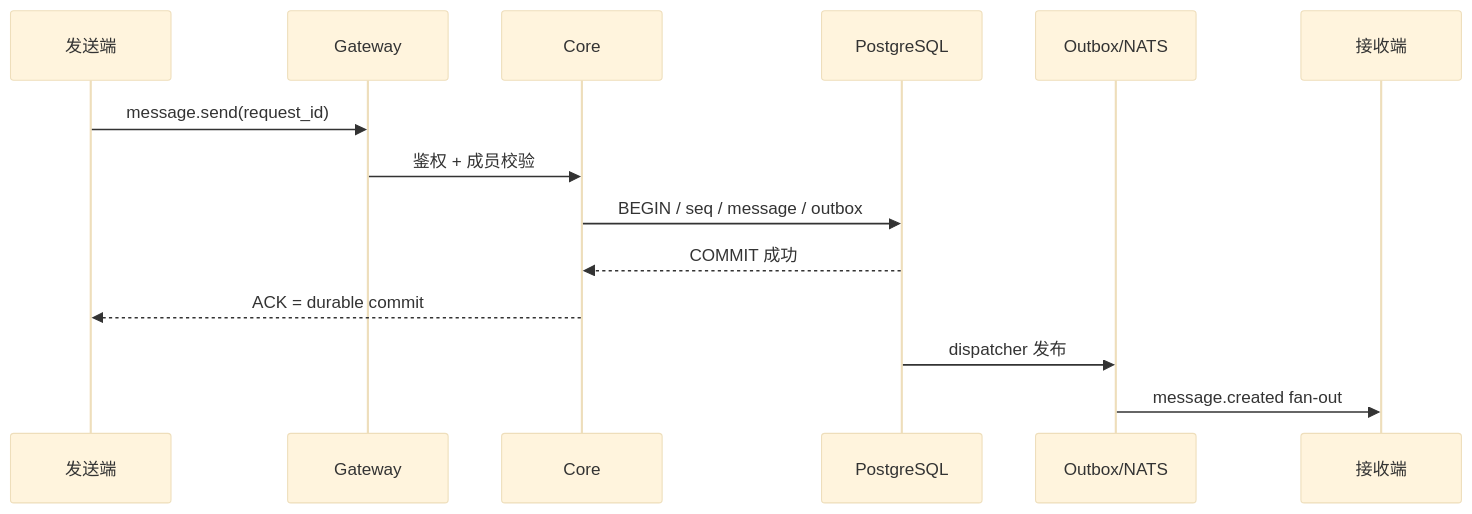
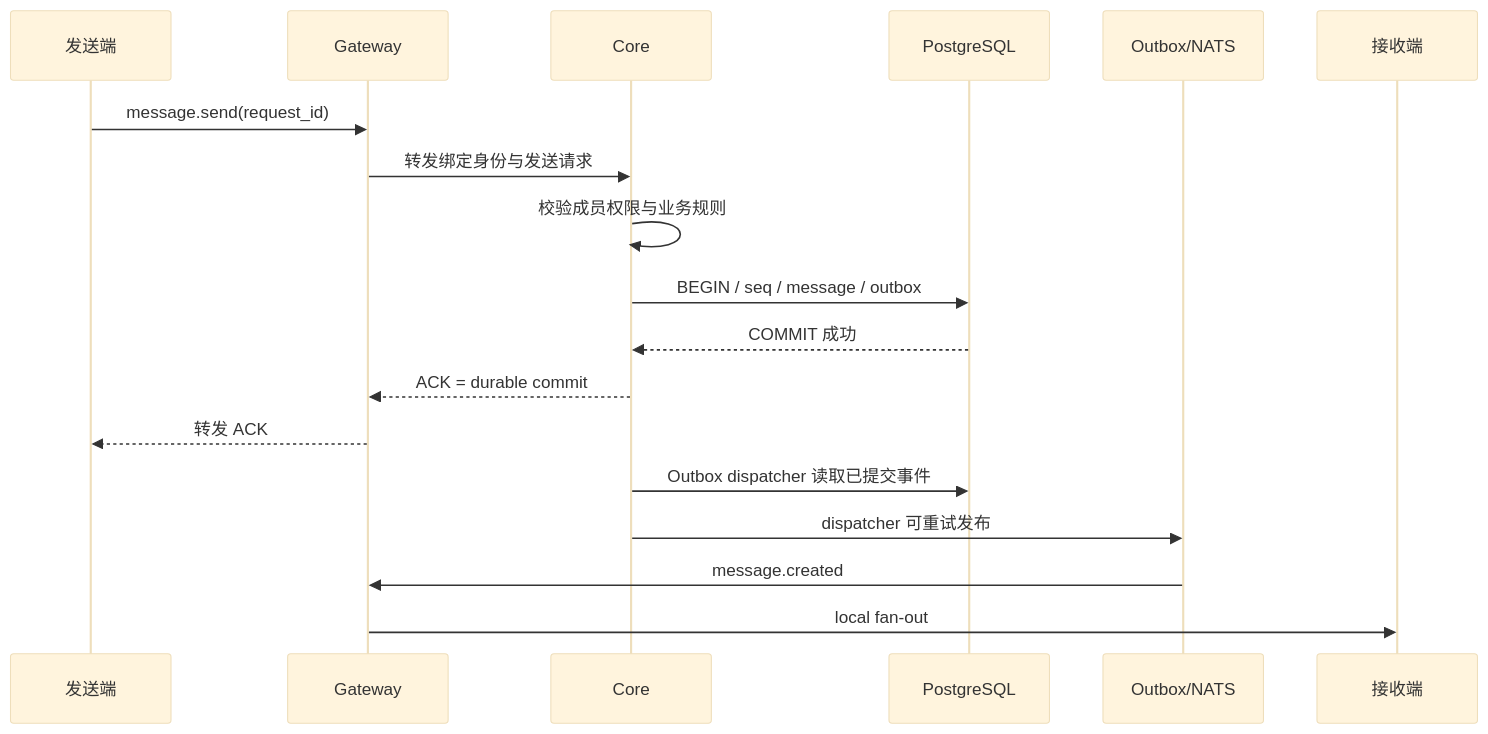
The fourth of 9 diagrams in spec/architecture/frozen-architecture.md (nilesthump/IM-platform), drawn with Mermaid (base theme) before and after one commit. The commit also changed other lines of this file and 62 other files, not shown here.

Commit message:
fix(architecture): reconcile frozen baseline and stage remediation

````diff
--- a/spec/architecture/frozen-architecture.md
+++ b/spec/architecture/frozen-architecture.md
@@ -363,16 +363,20 @@
 ```mermaid
 sequenceDiagram
   participant Sender as 发送端
   participant Gateway
   participant Core
   participant PG as PostgreSQL
   participant Bus as Outbox/NATS
   participant Receiver as 接收端
   Sender->>Gateway: message.send(request_id)
-  Gateway->>Core: 鉴权 + 成员校验
+  Gateway->>Core: 转发绑定身份与发送请求
+  Core->>Core: 校验成员权限与业务规则
   Core->>PG: BEGIN / seq / message / outbox
   PG-->>Core: COMMIT 成功
-  Core-->>Sender: ACK = durable commit
-  PG->>Bus: dispatcher 发布
-  Bus->>Receiver: message.created fan-out
+  Core-->>Gateway: ACK = durable commit
+  Gateway-->>Sender: 转发 ACK
+  Core->>PG: Outbox dispatcher 读取已提交事件
+  Core->>Bus: dispatcher 可重试发布
+  Bus->>Gateway: message.created
+  Gateway->>Receiver: local fan-out
 ```
````
